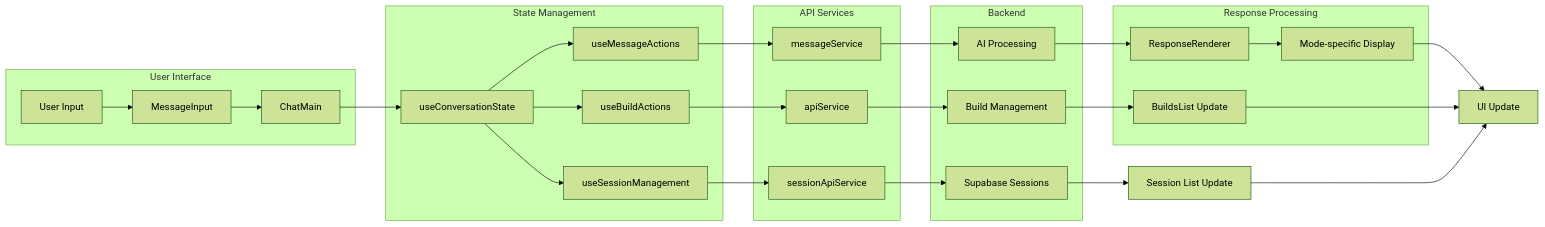
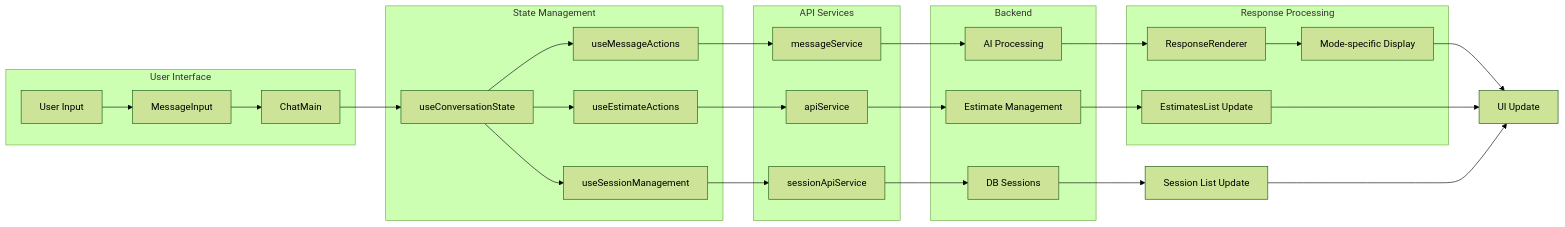
The third of 14 diagrams in docs/design-specification.md (p0pular131/askspec-chat-assistant), drawn with Mermaid (forest theme) before and after one commit. The commit also changed other lines of this file, not shown here.

````diff
--- a/docs/design-specification.md
+++ b/docs/design-specification.md
@@ -123,37 +114,37 @@
 ```mermaid
 graph LR
     subgraph "User Interface"
         A[User Input] --> B[MessageInput]
         B --> C[ChatMain]
     end
     
     subgraph "State Management"
         C --> D[useConversationState]
         D --> E[useSessionManagement]
         D --> F[useMessageActions]
-        D --> G[useBuildActions]
+        D --> G[useEstimateActions]
     end
     
     subgraph "API Services"
         E --> H[sessionApiService]
         F --> I[messageService]
         G --> J[apiService]
     end
     
     subgraph "Backend"
-        H --> K[Supabase Sessions]
+        H --> K[DB Sessions]
         I --> L[AI Processing]
-        J --> M[Build Management]
+        J --> M[Estimate Management]
     end
     
     subgraph "Response Processing"
         L --> N[ResponseRenderer]
         N --> O[Mode-specific Display]
-        M --> P[BuildsList Update]
+        M --> P[EstimatesList Update]
     end
     
     O --> Q[UI Update]
     P --> Q
     K --> R[Session List Update]
     R --> Q
 ```
````
